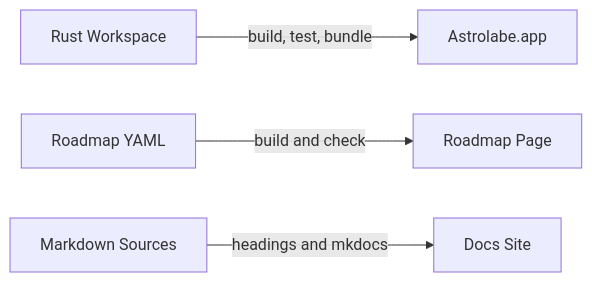
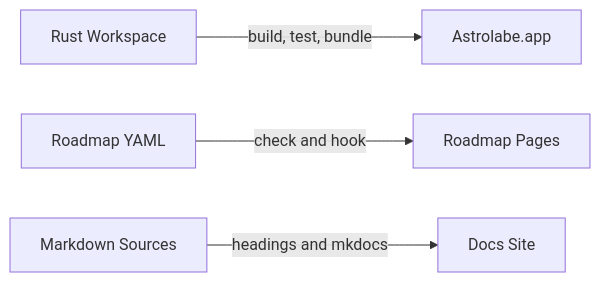
The diagram in docs/development/index.md (AhmedKhan-GH/astrolabe), drawn with Mermaid before and after one commit. The commit also changed other lines of this file and 6 other files, not shown here.

First line of the commit message:
Wire roadmap MkDocs hook, updated checker, and navigator docs

````diff
--- a/docs/development/index.md
+++ b/docs/development/index.md
@@ -9,6 +9,6 @@
 ```mermaid
 flowchart LR
     src[Rust Workspace] -->|build, test, bundle| app[Astrolabe.app]
-    roadmap[Roadmap YAML] -->|build and check| rmdoc[Roadmap Page]
+    roadmap[Roadmap YAML] -->|check and hook| rmdoc[Roadmap Pages]
     docs[Markdown Sources] -->|headings and mkdocs| site[Docs Site]
 ```
````
